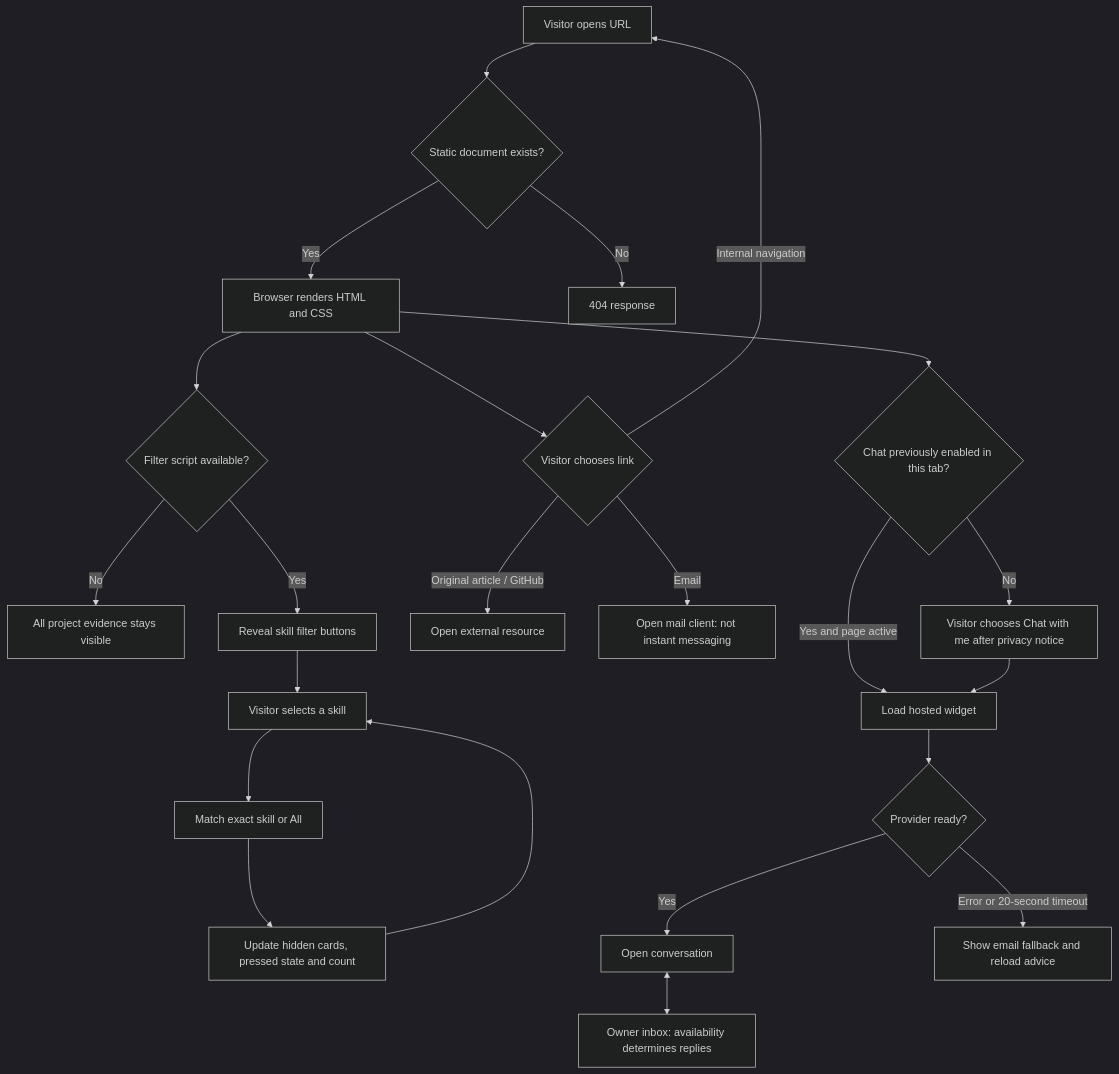
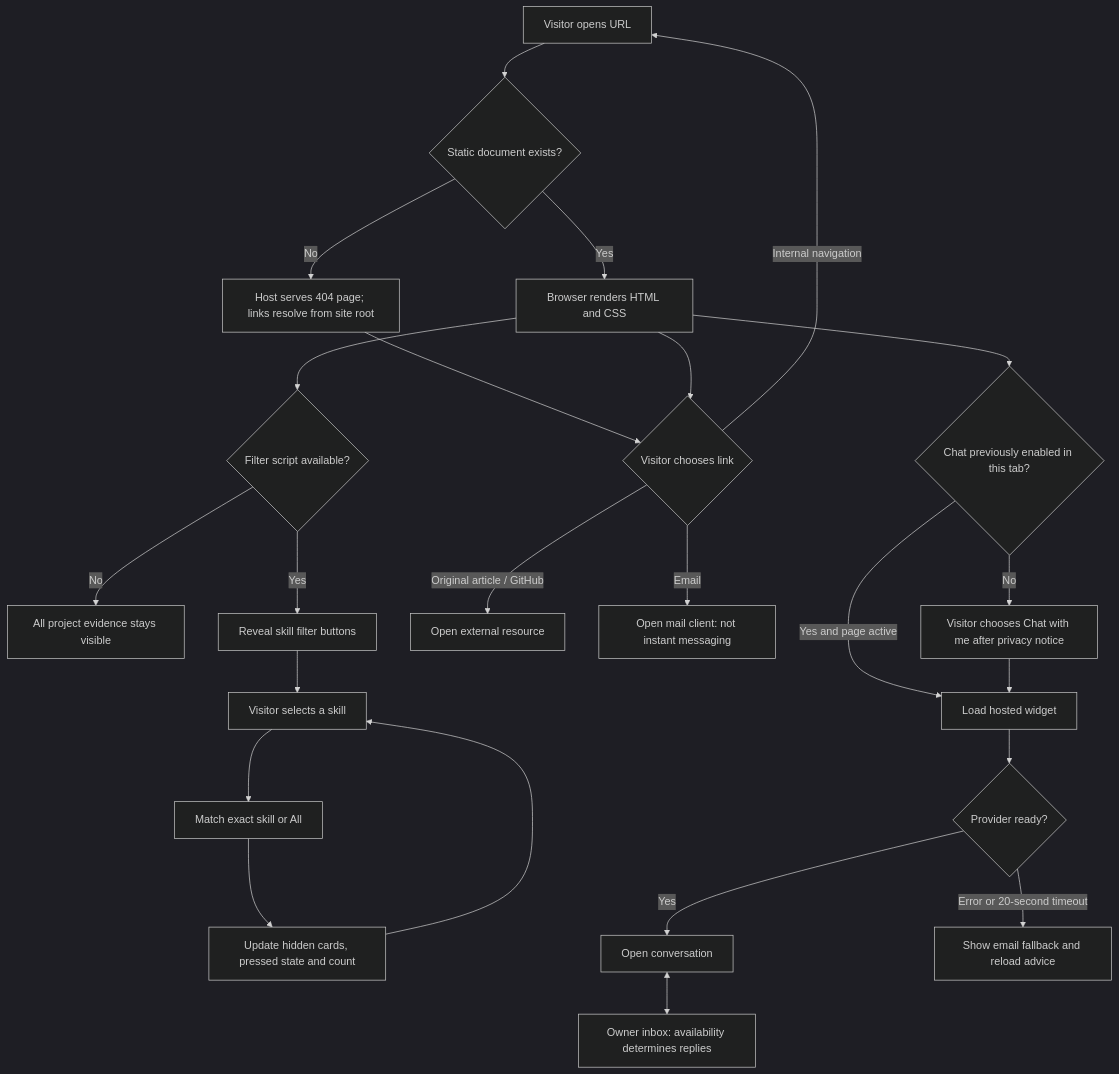
One commit to ChiragAgg5k/ul-university-notes changed the third of 3 diagrams in 2026-27/SEM1/CS5709 - Software Engineering Evolution/Assignment 1/DESIGN.md. Above: the diagram before and after it, drawn with Mermaid (dark theme). The commit also changed other lines of this file and 14 other files, not shown here.

````diff
--- a/2026-27/SEM1/CS5709 - Software Engineering Evolution/Assignment 1/DESIGN.md
+++ b/2026-27/SEM1/CS5709 - Software Engineering Evolution/Assignment 1/DESIGN.md
@@ -52,25 +52,26 @@
 ```mermaid
 flowchart TD
   Start[Visitor opens URL] --> Exists{Static document exists?}
   Exists -->|Yes| Render[Browser renders HTML and CSS]
-  Exists -->|No| Missing[404 response]
+  Exists -->|No| Missing[Host serves 404 page; links resolve from site root]
+  Missing --> Action
   Render --> Action{Visitor chooses link}
   Render --> JS{Filter script available?}
   JS -->|No| All[All project evidence stays visible]
   JS -->|Yes| Controls[Reveal skill filter buttons]
   Controls --> Select[Visitor selects a skill]
   Select --> Match[Match exact skill or All]
   Match --> Update[Update hidden cards, pressed state and count]
   Update --> Select
   Action -->|Internal navigation| Start
   Action -->|Original article / GitHub| External[Open external resource]
   Action -->|Email| Mail[Open mail client: not instant messaging]
   Render --> Remembered{Chat previously enabled in this tab?}
   Remembered -->|Yes and page active| Load
   Remembered -->|No| Open[Visitor chooses Chat with me after privacy notice]
   Open --> Load[Load hosted widget]
   Load --> Ready{Provider ready?}
   Ready -->|Yes| Chat[Open conversation]
   Ready -->|Error or 20-second timeout| Fallback[Show email fallback and reload advice]
   Chat <--> Inbox[Owner inbox: availability determines replies]
 ```
````
